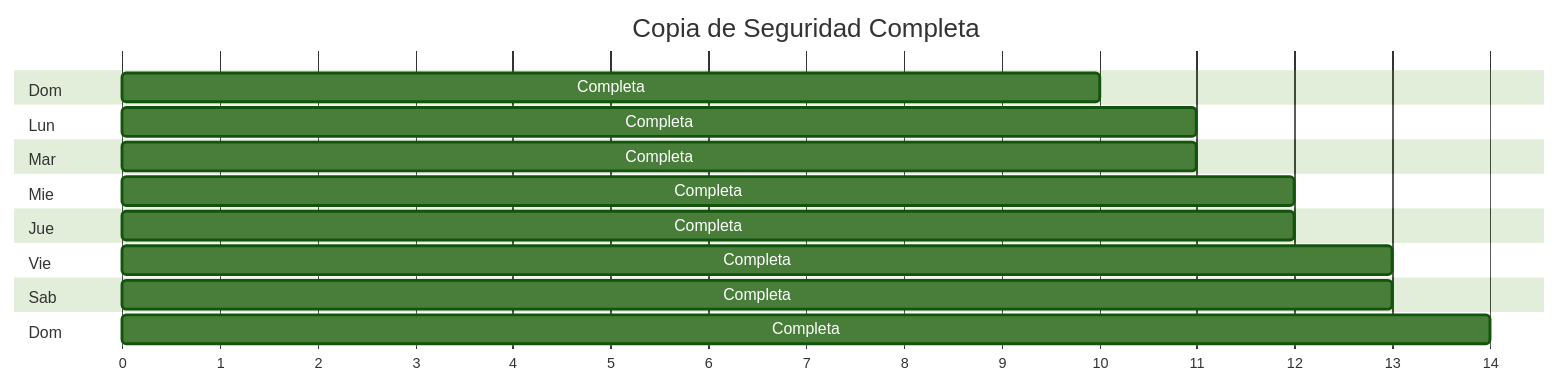
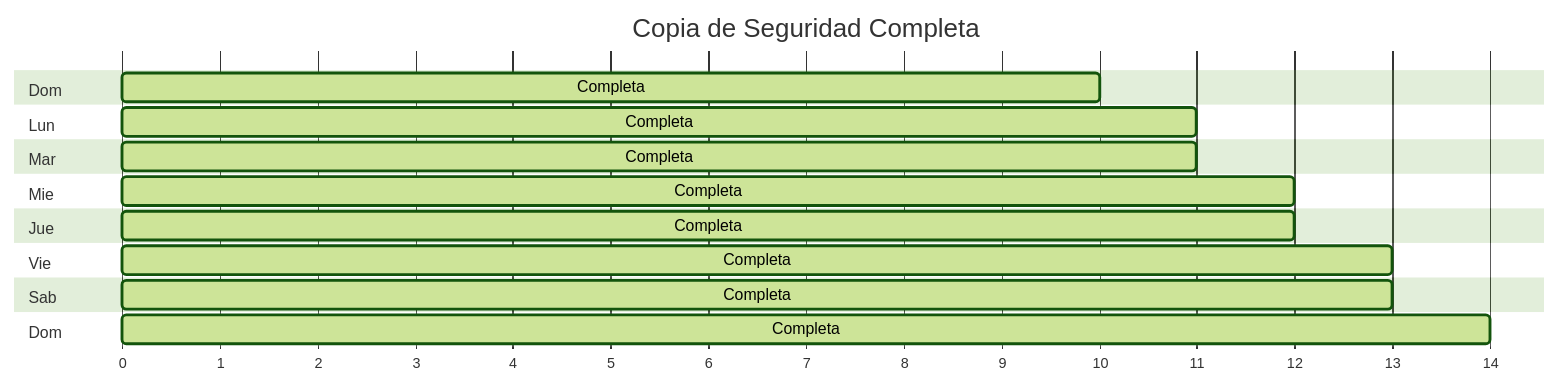
Before and after one commit to laralbir/bigdata-ia: the tenth of 12 diagrams in clases/big_data_aplicado/anotaciones/almacenamiento_masivo_datos.md, drawn with Mermaid (forest theme). The commit also changed other lines of this file, not shown here.

Commit message:
docs: add color tags to backup gantt charts

````diff
--- a/clases/big_data_aplicado/anotaciones/almacenamiento_masivo_datos.md
+++ b/clases/big_data_aplicado/anotaciones/almacenamiento_masivo_datos.md
@@ -607,23 +607,23 @@
 ```mermaid
 gantt
     title Copia de Seguridad Completa
     dateFormat X
     axisFormat %s
     
     section Dom
-    Completa :0, 10
+    Completa :active, 0, 10
     section Lun
-    Completa :0, 11
+    Completa :active, 0, 11
     section Mar
-    Completa :0, 11
+    Completa :active, 0, 11
     section Mie
-    Completa :0, 12
+    Completa :active, 0, 12
     section Jue
-    Completa :0, 12
+    Completa :active, 0, 12
     section Vie
-    Completa :0, 13
+    Completa :active, 0, 13
     section Sab
-    Completa :0, 13
+    Completa :active, 0, 13
     section Dom 
-    Completa :0, 14
+    Completa :active, 0, 14
 ```
````
